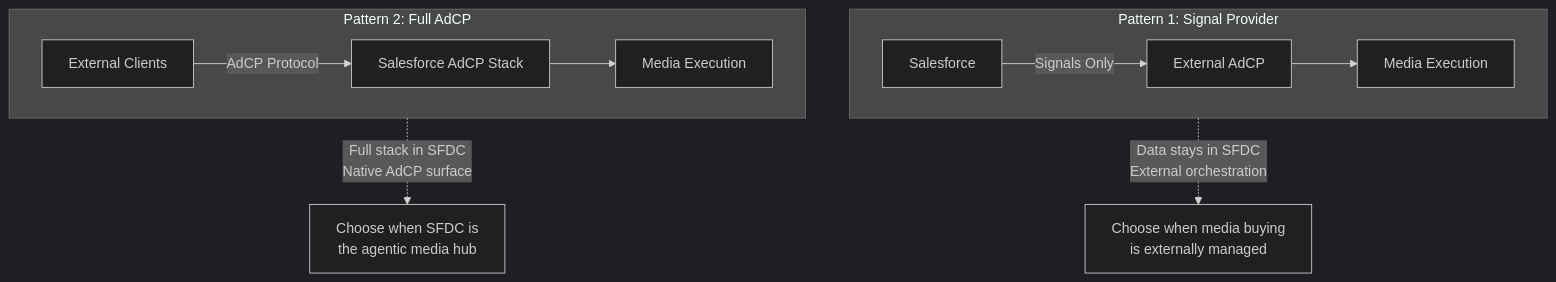
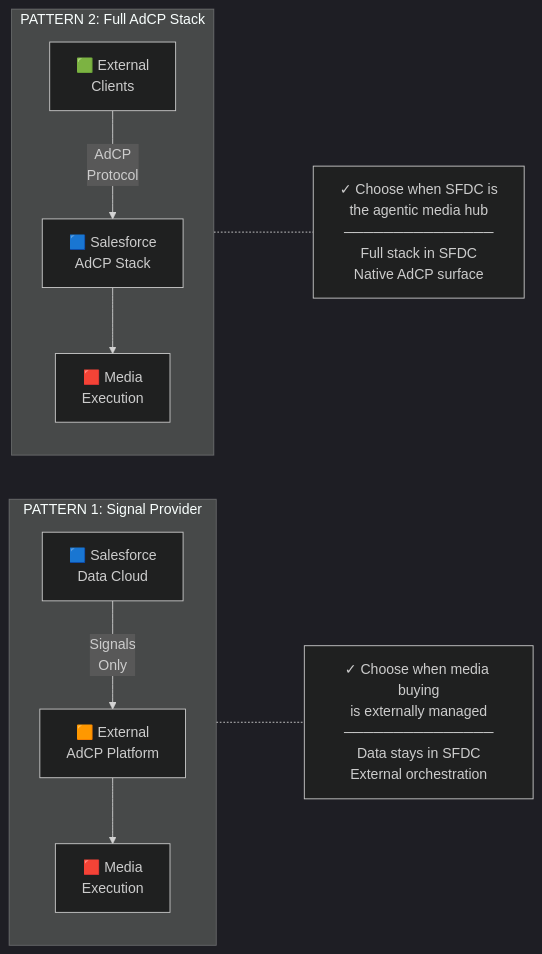
One commit to arupsarkar-sfdc/admcp-media-app changed the fifth of 6 diagrams in ADCP_DATACLOUD_INTEGRATION_PATTERNS.md. Above: the diagram before and after it, drawn with Mermaid (dark theme). The commit also changed other lines of this file, not shown here.

Commit message:
Fix: Cleaned up the texts in the diagrams

````diff
--- a/ADCP_DATACLOUD_INTEGRATION_PATTERNS.md
+++ b/ADCP_DATACLOUD_INTEGRATION_PATTERNS.md
@@ -177,17 +213,28 @@
 ```mermaid
-flowchart TB
-    subgraph P1["Pattern 1: Signal Provider"]
-        direction LR
-        A1[Salesforce] -->|Signals Only| B1[External AdCP]
-        B1 --> C1[Media Execution]
+flowchart LR
+    subgraph P1 ["PATTERN 1: Signal Provider"]
+        direction TB
+        A1["🟦 Salesforce<br/>Data Cloud"]
+        B1["🟧 External<br/>AdCP Platform"]
+        C1["🟥 Media<br/>Execution"]
+        
+        A1 -->|"Signals<br/>Only"| B1
+        B1 --> C1
     end
 
-    subgraph P2["Pattern 2: Full AdCP"]
-        direction LR
-        A2[External Clients] -->|AdCP Protocol| B2[Salesforce AdCP Stack]
-        B2 --> C2[Media Execution]
+    subgraph P2 ["PATTERN 2: Full AdCP Stack"]
+        direction TB
+        A2["🟩 External<br/>Clients"]
+        B2["🟦 Salesforce<br/>AdCP Stack"]
+        C2["🟥 Media<br/>Execution"]
+        
+        A2 -->|"AdCP<br/>Protocol"| B2
+        B2 --> C2
     end
 
-    P1 -.->|"Data stays in SFDC<br/>External orchestration"| Note1[Choose when media buying<br/>is externally managed]
-    P2 -.->|"Full stack in SFDC<br/>Native AdCP surface"| Note2[Choose when SFDC is<br/>the agentic media hub]
+    P1 -..- CHOOSE1
+    P2 -..- CHOOSE2
+
+    CHOOSE1["✓ Choose when media buying<br/>is externally managed<br/>───────────────<br/>Data stays in SFDC<br/>External orchestration"]
+    CHOOSE2["✓ Choose when SFDC is<br/>the agentic media hub<br/>───────────────<br/>Full stack in SFDC<br/>Native AdCP surface"]
 ```
````
